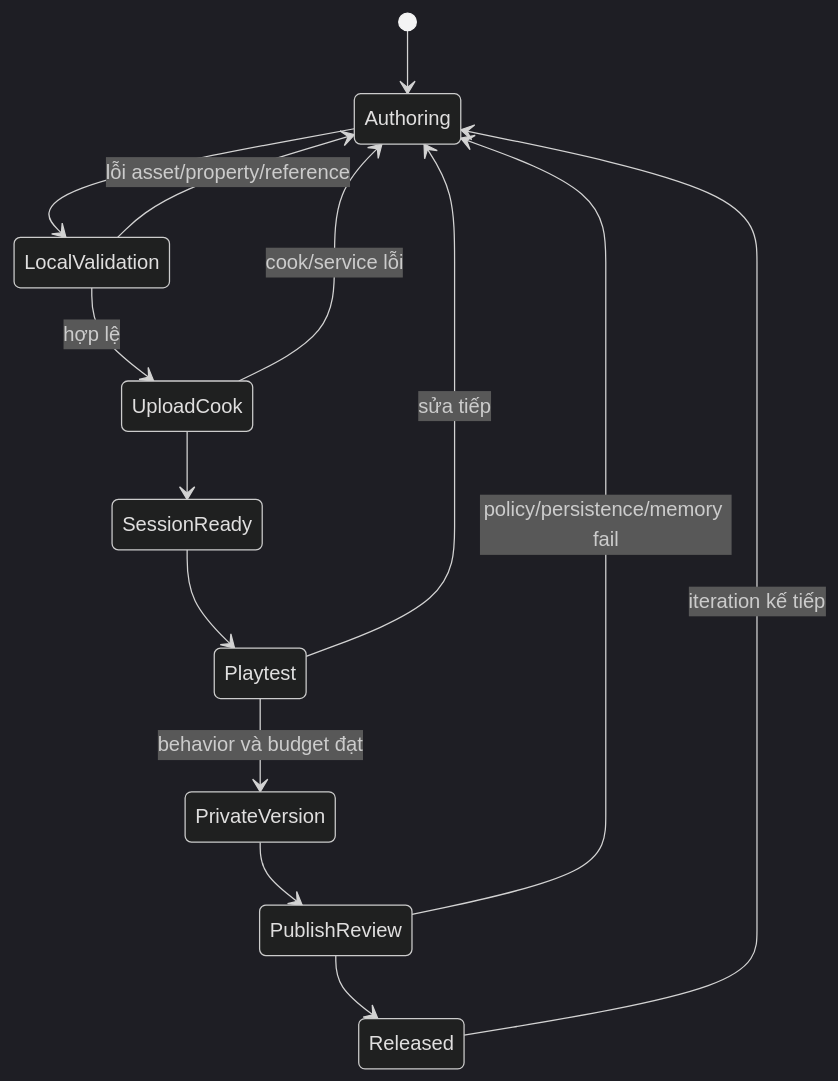
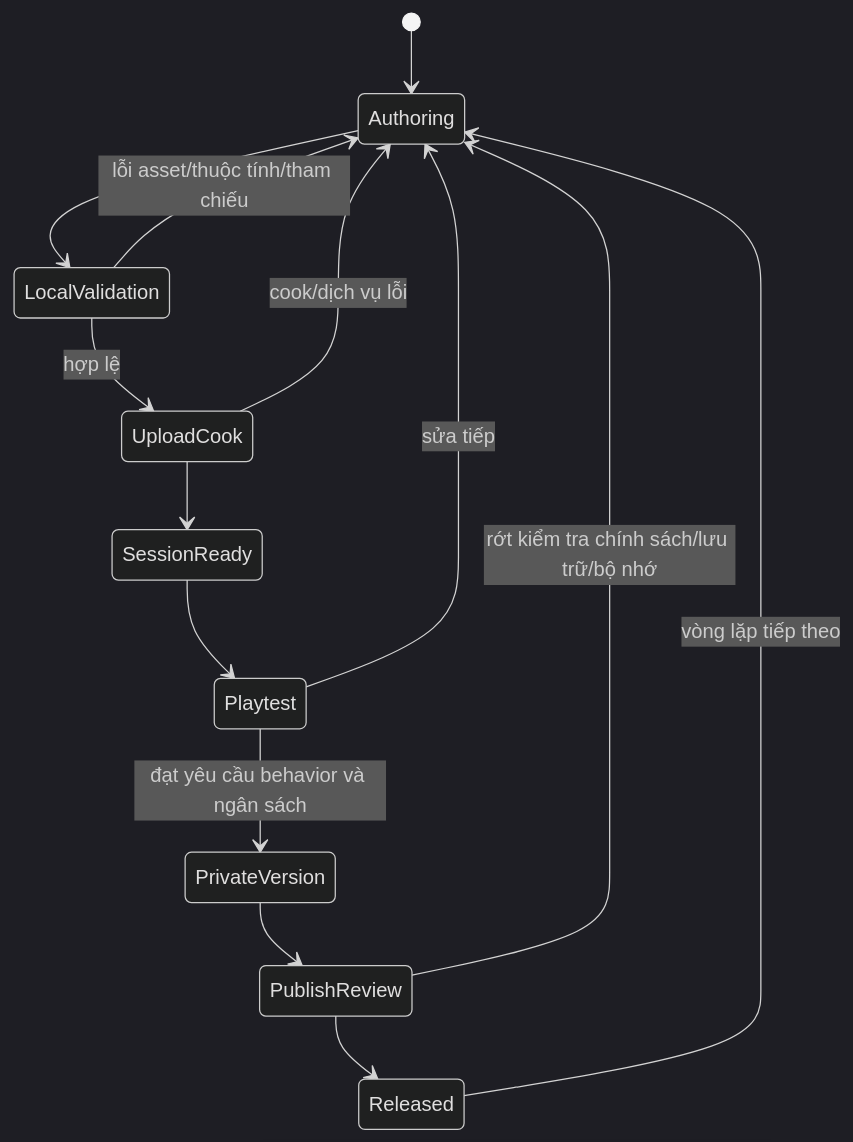
Before and after one commit to SlimeVRX/Paldark-Docs: the third of 8 diagrams in V5/09-uefn-architecture-and-paldarkv5.md, drawn with Mermaid (dark theme). The commit also changed other lines of this file, not shown here.

Commit message:
docs: simplify UEFN architecture chapter

````diff
--- a/V5/09-uefn-architecture-and-paldarkv5.md
+++ b/V5/09-uefn-architecture-and-paldarkv5.md
@@ -259,16 +242,16 @@
-~~~mermaid
+```mermaid
 stateDiagram-v2
     [*] --> Authoring
     Authoring --> LocalValidation
-    LocalValidation --> Authoring: lỗi asset/property/reference
+    LocalValidation --> Authoring: lỗi asset/thuộc tính/tham chiếu
     LocalValidation --> UploadCook: hợp lệ
-    UploadCook --> Authoring: cook/service lỗi
+    UploadCook --> Authoring: cook/dịch vụ lỗi
     UploadCook --> SessionReady
     SessionReady --> Playtest
     Playtest --> Authoring: sửa tiếp
-    Playtest --> PrivateVersion: behavior và budget đạt
+    Playtest --> PrivateVersion: đạt yêu cầu behavior và ngân sách
     PrivateVersion --> PublishReview
-    PublishReview --> Authoring: policy/persistence/memory fail
+    PublishReview --> Authoring: rớt kiểm tra chính sách/lưu trữ/bộ nhớ
     PublishReview --> Released
-    Released --> Authoring: iteration kế tiếp
-~~~
+    Released --> Authoring: vòng lặp tiếp theo
+```
````
